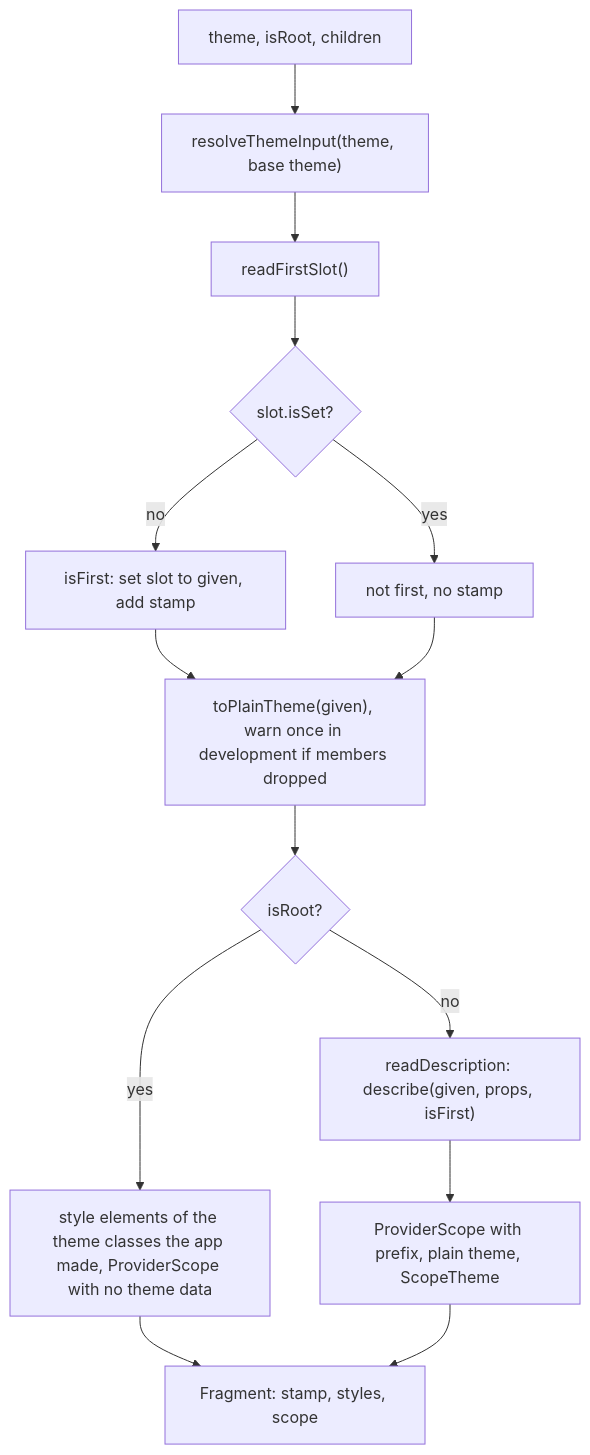
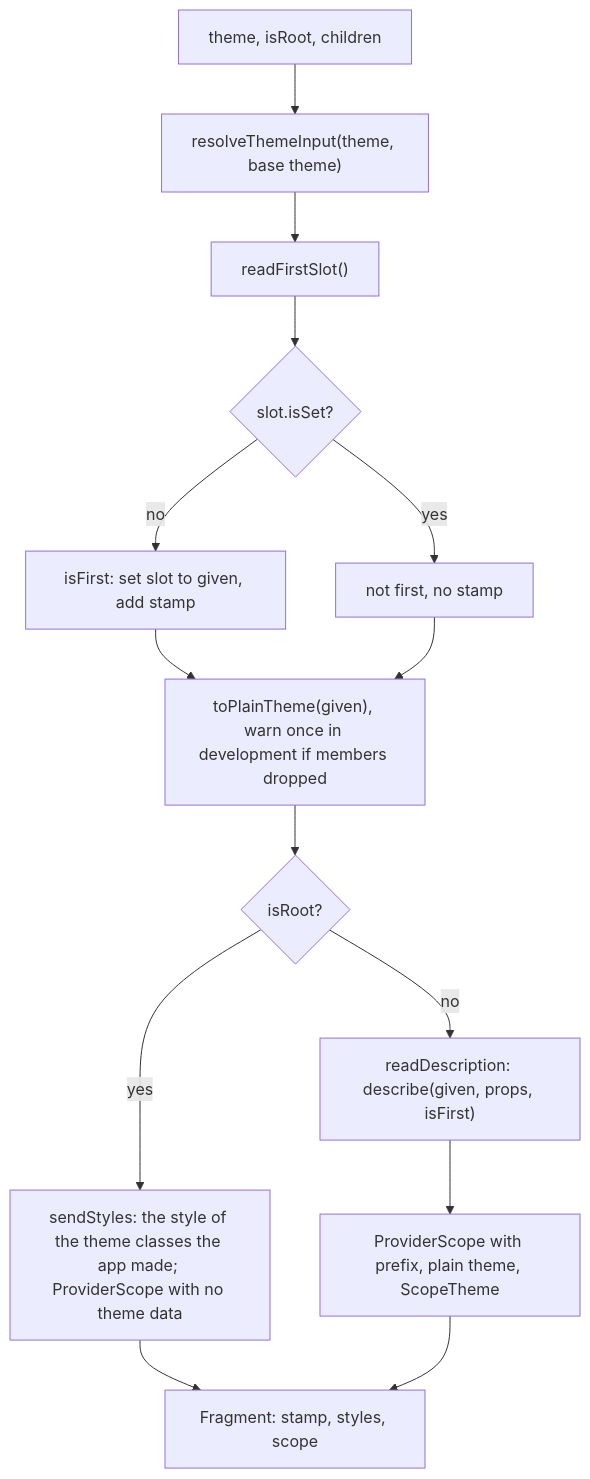
The first of 2 diagrams in packages/react/src/ThemeProvider.server.md (soroush-tech/umber-style), drawn with Mermaid before and after one commit. The commit also changed other lines of this file and 67 other files, not shown here.

Commit message:
feat: a page of server components keeps its styles under a strict nonce policy on Next.js, from a source or a fixed nonce, and a warm render does not redo the value repair and style elements of classes it has - close #66, close #68

````diff
--- a/packages/react/src/ThemeProvider.server.md
+++ b/packages/react/src/ThemeProvider.server.md
@@ -21,16 +21,16 @@
 ```mermaid
 flowchart TD
   props["theme, isRoot, children"] --> resolve["resolveThemeInput(theme, base theme)"]
   resolve --> slot["readFirstSlot()"]
   slot --> first{"slot.isSet?"}
   first -->|no| mark["isFirst: set slot to given, add stamp"]
   first -->|yes| later["not first, no stamp"]
   mark --> plain["toPlainTheme(given), warn once in development if members dropped"]
   later --> plain
   plain --> root{"isRoot?"}
-  root -->|yes| rootOut["style elements of the theme classes the app made, ProviderScope with no theme data"]
+  root -->|yes| rootOut["sendStyles: the style of the theme classes the app made; ProviderScope with no theme data"]
   root -->|no| describe["readDescription: describe(given, props, isFirst)"]
   describe --> scope["ProviderScope with prefix, plain theme, ScopeTheme"]
   rootOut --> frag["Fragment: stamp, styles, scope"]
   scope --> frag
 ```
````
